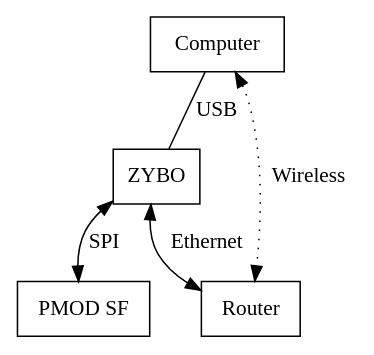
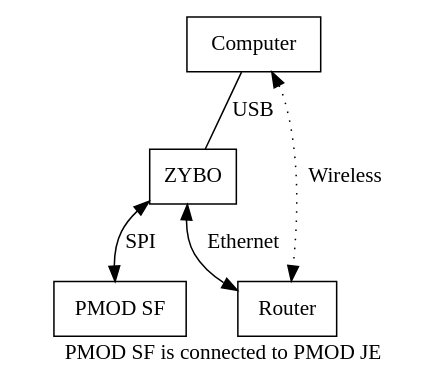
One commit to NuclearKev/SPI-Flash changed the diagram in block-design.dot. Above: the diagram before and after it, drawn with Graphviz. The commit also changed 1 other file, not shown here.

Commit message:
Included what PMOD the flash device is hooked to

```diff
--- a/block-design.dot
+++ b/block-design.dot
@@ -1,10 +1,11 @@
 strict digraph G {
+        label="PMOD SF is connected to PMOD JE"
 	Computer  [shape=box]
 	ZYBO	  [shape=box]
 	SPI_Flash [shape=box, label="PMOD SF"]
 	Router    [shape=box]
 	Computer -> ZYBO [arrowhead=none, label="USB"]
 	Computer -> Router [dir=both, label="Wireless", style="dotted"]
 	ZYBO -> SPI_Flash [dir=both, label="SPI"]
 	ZYBO -> Router [dir=both, label="Ethernet"]
 }
```
